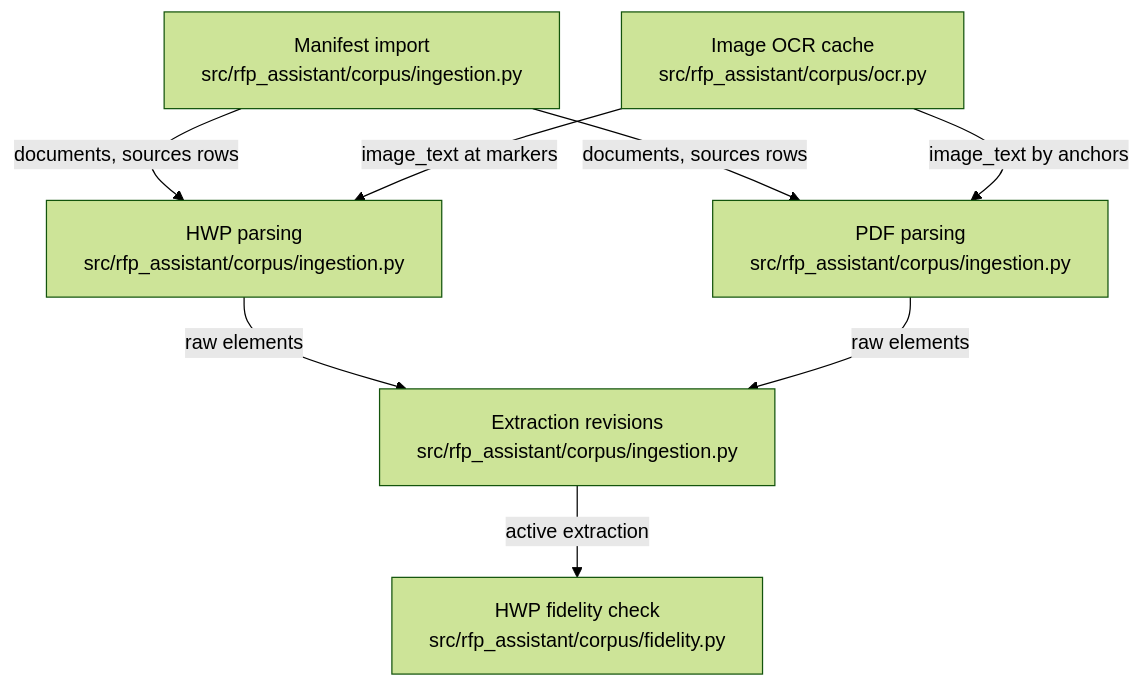
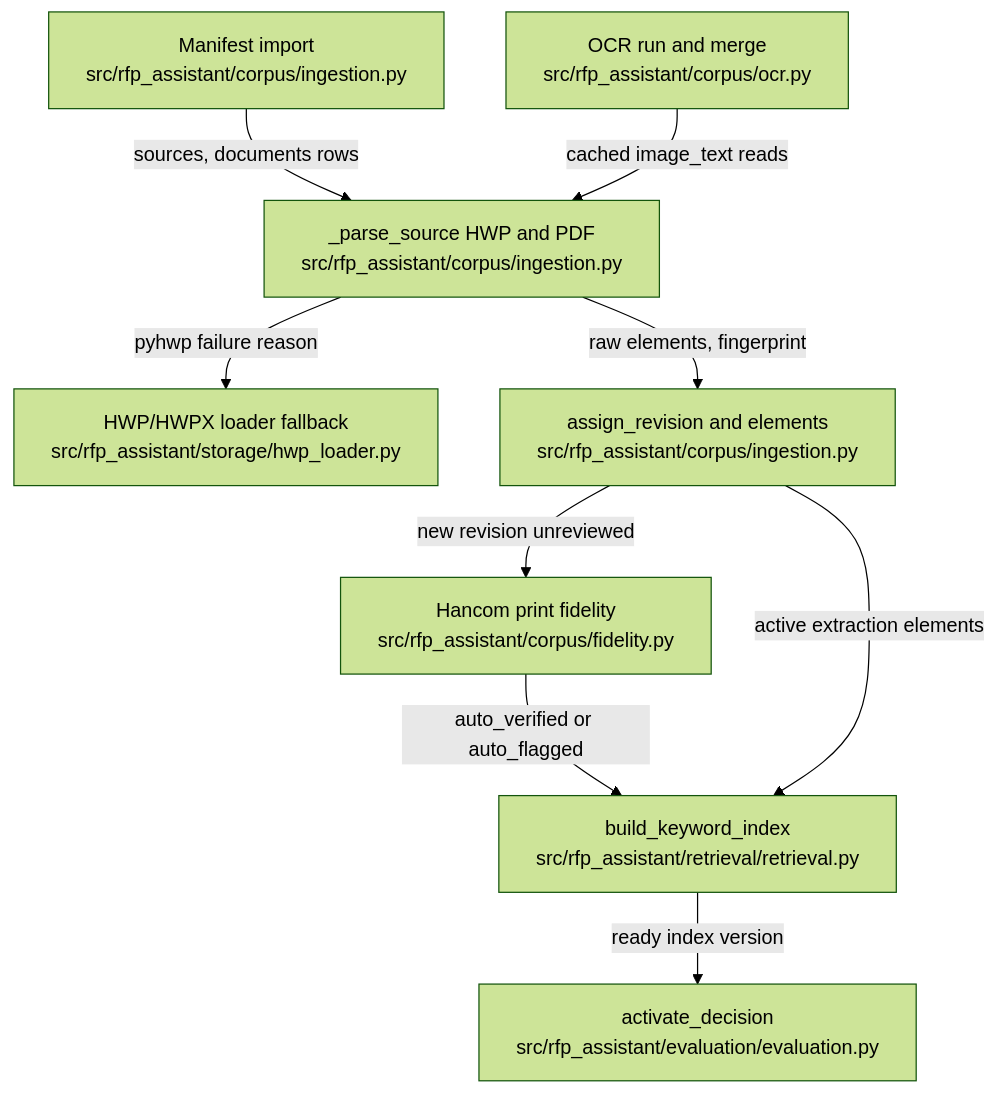
Before and after one commit to littleeeeebit/project-codeit-mid: the diagram in .omm/overall-architecture/corpus-pipeline/diagram.mmd, drawn with Mermaid (forest theme). The commit also changed 402 other files, not shown here.

```diff
--- a/.omm/overall-architecture/corpus-pipeline/diagram.mmd
+++ b/.omm/overall-architecture/corpus-pipeline/diagram.mmd
@@ -1,8 +1,17 @@
 graph TD
-  manifest-import["Manifest import\nsrc/rfp_assistant/corpus/ingestion.py"] -->|"documents, sources rows"| hwp-parsing["HWP parsing\nsrc/rfp_assistant/corpus/ingestion.py"]
-  manifest-import -->|"documents, sources rows"| pdf-parsing["PDF parsing\nsrc/rfp_assistant/corpus/ingestion.py"]
-  image-ocr["Image OCR cache\nsrc/rfp_assistant/corpus/ocr.py"] -->|"image_text at markers"| hwp-parsing
-  image-ocr -->|"image_text by anchors"| pdf-parsing
-  hwp-parsing -->|"raw elements"| extraction-revisions["Extraction revisions\nsrc/rfp_assistant/corpus/ingestion.py"]
-  pdf-parsing -->|"raw elements"| extraction-revisions
-  extraction-revisions -->|"active extraction"| fidelity-check["HWP fidelity check\nsrc/rfp_assistant/corpus/fidelity.py"]
+  manifest-import["Manifest import\nsrc/rfp_assistant/corpus/ingestion.py"]
+  source-parse["_parse_source HWP and PDF\nsrc/rfp_assistant/corpus/ingestion.py"]
+  hwp-loader["HWP/HWPX loader fallback\nsrc/rfp_assistant/storage/hwp_loader.py"]
+  ocr-cache["OCR run and merge\nsrc/rfp_assistant/corpus/ocr.py"]
+  revision-assign["assign_revision and elements\nsrc/rfp_assistant/corpus/ingestion.py"]
+  fidelity-check["Hancom print fidelity\nsrc/rfp_assistant/corpus/fidelity.py"]
+  keyword-build["build_keyword_index\nsrc/rfp_assistant/retrieval/retrieval.py"]
+  run-activation["activate_decision\nsrc/rfp_assistant/evaluation/evaluation.py"]
+  manifest-import -->|"sources, documents rows"| source-parse
+  source-parse -->|"pyhwp failure reason"| hwp-loader
+  ocr-cache -->|"cached image_text reads"| source-parse
+  source-parse -->|"raw elements, fingerprint"| revision-assign
+  revision-assign -->|"new revision unreviewed"| fidelity-check
+  fidelity-check -->|"auto_verified or auto_flagged"| keyword-build
+  revision-assign -->|"active extraction elements"| keyword-build
+  keyword-build -->|"ready index version"| run-activation
```
